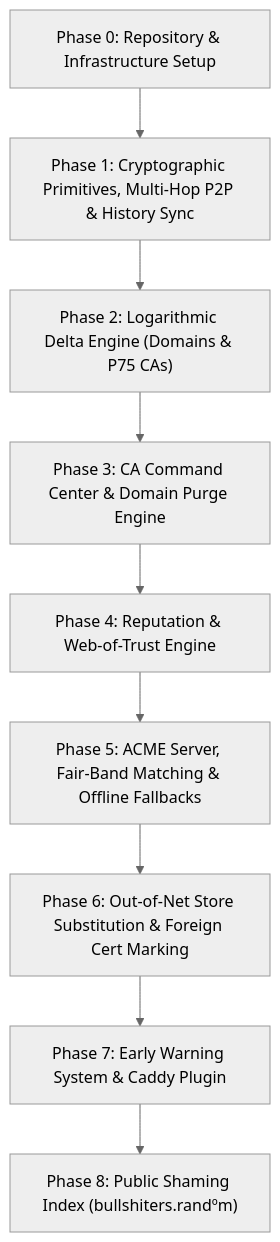
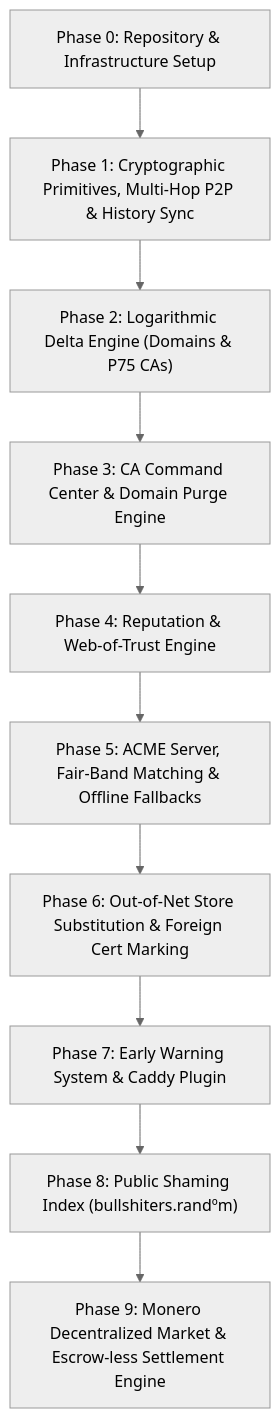
Before and after one commit to TheRandomConsortium/randbotd: the diagram in FUNCTIONALITIES.md, drawn with Mermaid (neutral theme). The commit also changed other lines of this file and 1 other file, not shown here.

Commit message:
feat: add Monero-based decentralized market, escrow-less settlement, and custom TTL issuance parameters

````diff
--- a/FUNCTIONALITIES.md
+++ b/FUNCTIONALITIES.md
@@ -105,11 +118,12 @@
 ```mermaid
 graph TD
     A["Phase 0: Repository & Infrastructure Setup"] --> B["Phase 1: Cryptographic Primitives, Multi-Hop P2P & History Sync"]
     B --> C["Phase 2: Logarithmic Delta Engine (Domains & P75 CAs)"]
     C --> D["Phase 3: CA Command Center & Domain Purge Engine"]
     D --> E["Phase 4: Reputation & Web-of-Trust Engine"]
     E --> F["Phase 5: ACME Server, Fair-Band Matching & Offline Fallbacks"]
     F --> G["Phase 6: Out-of-Net Store Substitution & Foreign Cert Marking"]
     G --> H["Phase 7: Early Warning System & Caddy Plugin"]
     H --> I["Phase 8: Public Shaming Index (bullshiters.randºm)"]
+    I --> J["Phase 9: Monero Decentralized Market & Escrow-less Settlement Engine"]
 ```
````
